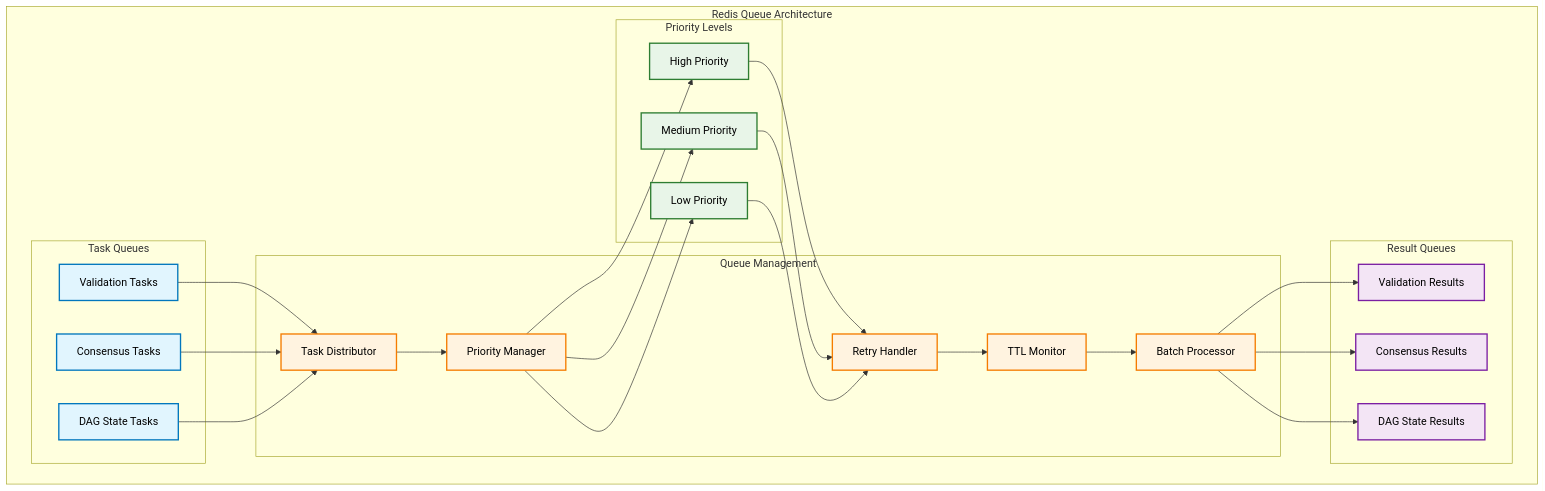
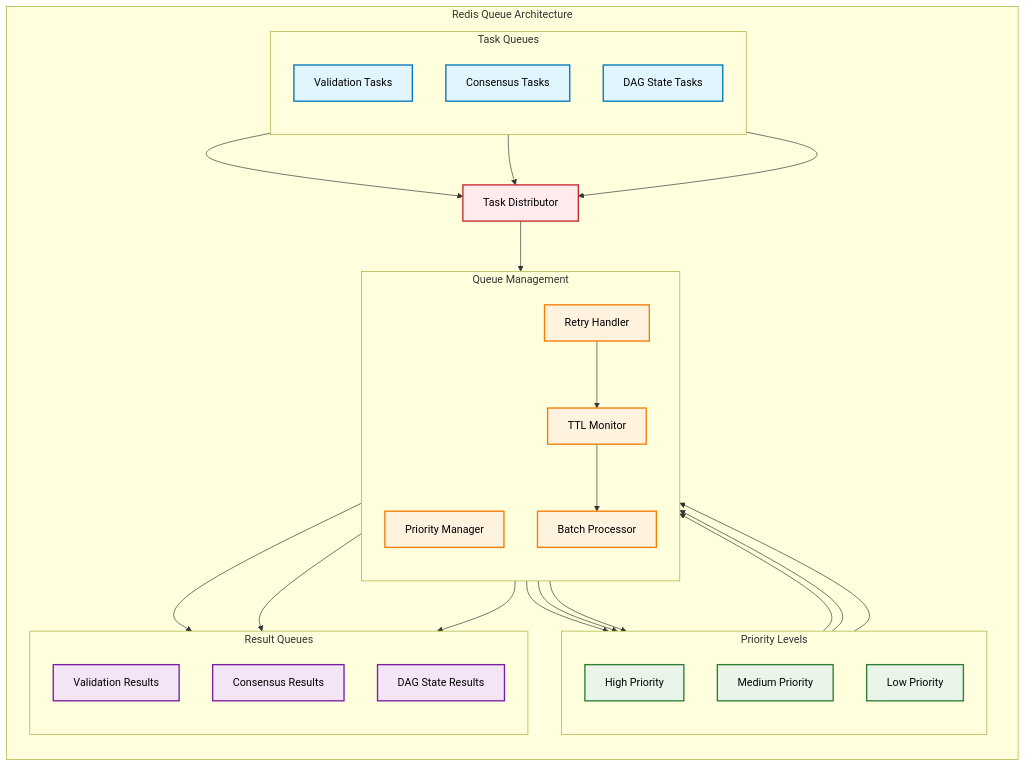
Before and after one commit to Final-Project-13520137/avalanche-parallel: the first of 3 diagrams in README.md, drawn with Mermaid.

Commit message:
fix redis queue architecture

````diff
--- a/README.md
+++ b/README.md
@@ -1133,56 +1133,70 @@
 ```mermaid
-graph TB
+graph TD
     subgraph RQ["Redis Queue Architecture"]
+        direction TB
+        
         subgraph Tasks["Task Queues"]
+            direction TB
             VT["Validation Tasks"]
             CT["Consensus Tasks"]
             DST["DAG State Tasks"]
         end
         
-        subgraph Results["Result Queues"]
-            VR["Validation Results"]
-            CR["Consensus Results"]
-            DSR["DAG State Results"]
-        end
+        TD["Task Distributor"]
         
         subgraph Management["Queue Management"]
-            TD["Task Distributor"]
+            direction TB
             PQ["Priority Manager"]
             RM["Retry Handler"]
             TM["TTL Monitor"]
             BP["Batch Processor"]
         end
         
         subgraph Priorities["Priority Levels"]
+            direction TB
             H["High Priority"]
             M["Medium Priority"]
             L["Low Priority"]
+        end
+        
+        subgraph Results["Result Queues"]
+            direction TB
+            VR["Validation Results"]
+            CR["Consensus Results"]
+            DSR["DAG State Results"]
         end
     end
     
     VT --> TD
     CT --> TD
     DST --> TD
+    
     TD --> PQ
+    
     PQ --> H
     PQ --> M
     PQ --> L
+    
     H --> RM
     M --> RM
     L --> RM
+    
     RM --> TM
     TM --> BP
+    
     BP --> VR
     BP --> CR
     BP --> DSR
     
     classDef primary fill:#e1f5fe,stroke:#0277bd,stroke-width:2px,color:#000
     classDef secondary fill:#f3e5f5,stroke:#7b1fa2,stroke-width:2px,color:#000
     classDef tertiary fill:#e8f5e8,stroke:#2e7d32,stroke-width:2px,color:#000
     classDef management fill:#fff3e0,stroke:#f57c00,stroke-width:2px,color:#000
+    classDef distributor fill:#ffebee,stroke:#c62828,stroke-width:2px,color:#000
     
     class VT,CT,DST primary
     class VR,CR,DSR secondary
     class H,M,L tertiary
-    class TD,PQ,RM,TM,BP management
+    class PQ,RM,TM,BP management
+    class TD distributor
 ```
````
